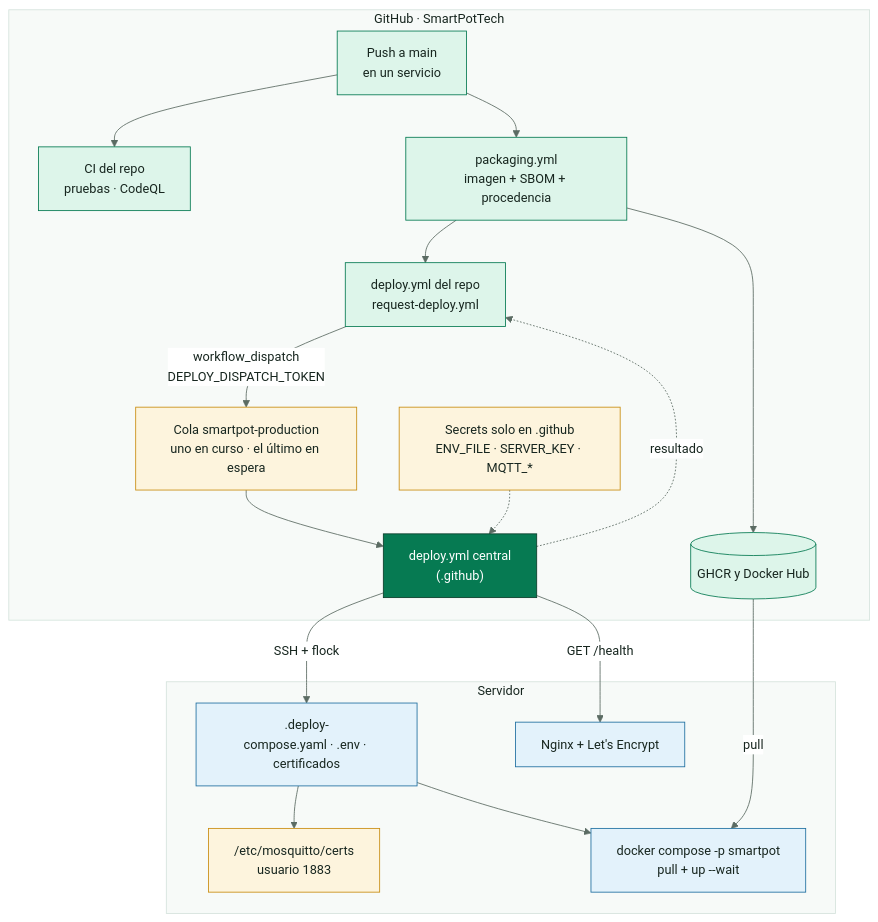
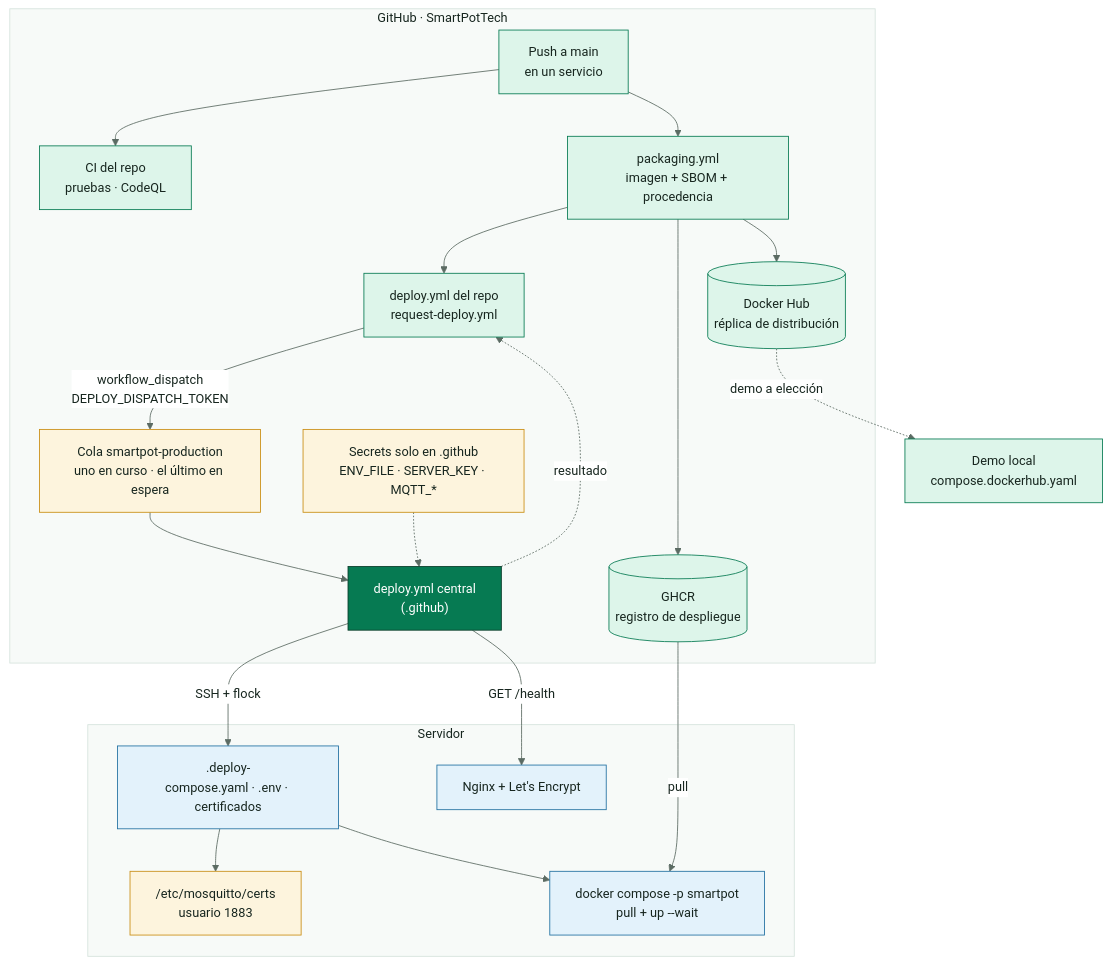
Before and after one commit to SmartPotTech/.github: the diagram in docs/diagramas/SmartPot_06_Despliegue.mmd, drawn with Mermaid. The commit also changed 1 other file, not shown here.

Commit message:
Update the deployment diagram

```diff
--- a/docs/diagramas/SmartPot_06_Despliegue.mmd
+++ b/docs/diagramas/SmartPot_06_Despliegue.mmd
@@ -1,31 +1,33 @@
 %%{init: {"theme": "base", "fontFamily": "Segoe UI, Arial, sans-serif", "themeVariables": {"fontFamily": "Segoe UI, Arial, sans-serif", "fontSize": "15px", "primaryColor": "#DDF5EA", "primaryTextColor": "#17261F", "primaryBorderColor": "#067A52", "secondaryColor": "#E3F2FB", "secondaryTextColor": "#17261F", "secondaryBorderColor": "#1F6FA0", "tertiaryColor": "#F2F7F4", "tertiaryTextColor": "#17261F", "tertiaryBorderColor": "#D5E3DC", "lineColor": "#5B6B63", "textColor": "#17261F", "mainBkg": "#DDF5EA", "nodeBorder": "#067A52", "clusterBkg": "#F7FAF8", "clusterBorder": "#D5E3DC", "edgeLabelBackground": "#FFFFFF", "actorBkg": "#067A52", "actorBorder": "#0B3D2B", "actorTextColor": "#FFFFFF", "actorLineColor": "#5B6B63", "signalColor": "#17261F", "signalTextColor": "#17261F", "labelBoxBkgColor": "#0B3D2B", "labelBoxBorderColor": "#0B3D2B", "labelTextColor": "#FFFFFF", "loopTextColor": "#0B3D2B", "noteBkgColor": "#FDF4DD", "noteBorderColor": "#C98D12", "noteTextColor": "#17261F", "activationBkgColor": "#DDF5EA", "activationBorderColor": "#067A52", "attributeBackgroundColorOdd": "#FFFFFF", "attributeBackgroundColorEven": "#F2F7F4"}}}%%
 flowchart TB
   subgraph github["GitHub · SmartPotTech"]
     repo["Push a main<br/>en un servicio"] --> ci["CI del repo<br/>pruebas · CodeQL"]
     repo --> pkg["packaging.yml<br/>imagen + SBOM + procedencia"]
-    pkg --> ghcr[("GHCR y Docker Hub")]
+    pkg --> ghcr[("GHCR<br/>registro de despliegue")]
+    pkg --> hub[("Docker Hub<br/>réplica de distribución")]
     pkg --> dep["deploy.yml del repo<br/>request-deploy.yml"]
     dep -->|"workflow_dispatch<br/>DEPLOY_DISPATCH_TOKEN"| queue["Cola smartpot-production<br/>uno en curso · el último en espera"]
     queue --> central["deploy.yml central<br/>(.github)"]
     central -.->|"resultado"| dep
     secrets["Secrets solo en .github<br/>ENV_FILE · SERVER_KEY · MQTT_*"] -.-> central
   end
   subgraph servidor["Servidor"]
     stage[".deploy-<id><br/>compose.yaml · .env · certificados"]
     certs["/etc/mosquitto/certs<br/>usuario 1883"]
     compose["docker compose -p smartpot<br/>pull + up --wait"]
     nginx["Nginx + Let's Encrypt"]
   end
   central -->|"SSH + flock"| stage
   stage --> certs
   stage --> compose
   ghcr -->|"pull"| compose
+  hub -.->|"demo a elección"| demo["Demo local<br/>compose.dockerhub.yaml"]
   central -->|"GET /health"| nginx
   classDef gh fill:#DDF5EA,stroke:#067A52,color:#17261F
   classDef key fill:#FDF4DD,stroke:#C98D12,color:#17261F
   classDef srv fill:#E3F2FB,stroke:#1F6FA0,color:#17261F
   classDef core fill:#067A52,stroke:#0B3D2B,color:#FFFFFF
-  class repo,ci,pkg,dep gh
+  class repo,ci,pkg,dep,demo gh
   class central core
   class secrets,certs,queue key
   class stage,compose,nginx srv
```
